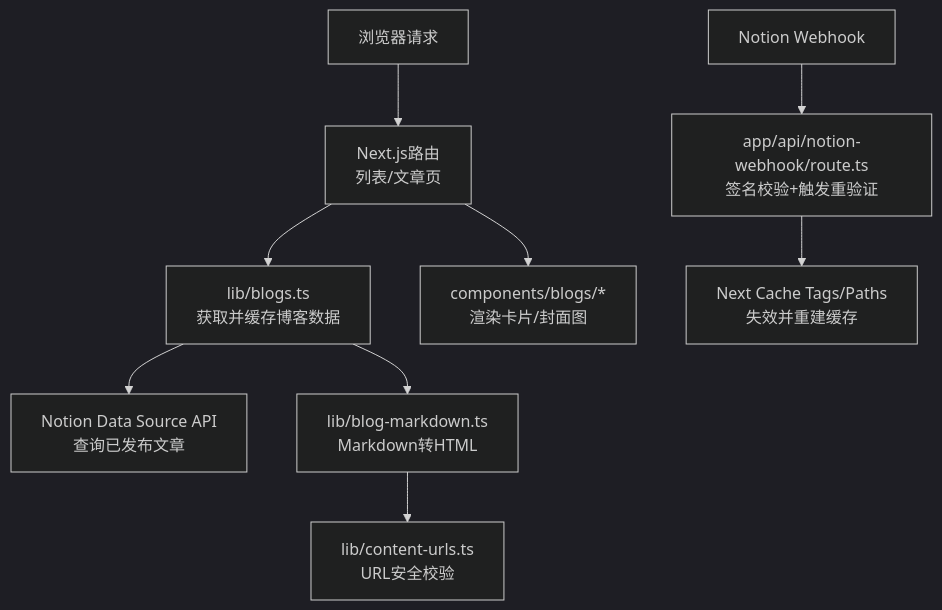
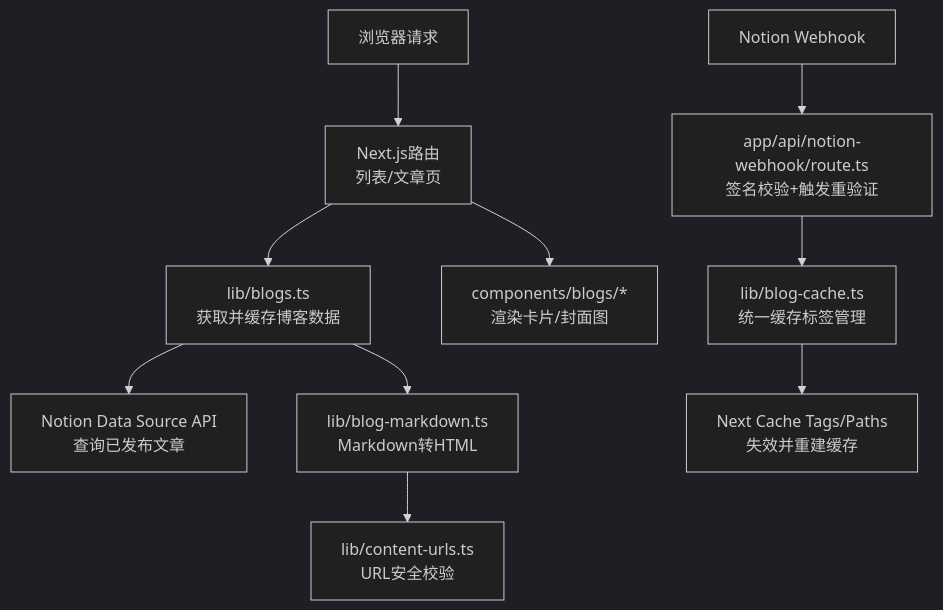
The first of 7 diagrams in .qoder/repowiki/zh/content/架构设计/数据流设计/博客内容数据流.md (florianjsun/next-portfolio), drawn with Mermaid (dark theme) before and after one commit. The commit also changed other lines of this file and 49 other files, not shown here.

````diff
--- a/.qoder/repowiki/zh/content/架构设计/数据流设计/博客内容数据流.md
+++ b/.qoder/repowiki/zh/content/架构设计/数据流设计/博客内容数据流.md
@@ -44,11 +54,12 @@
 ```mermaid
 graph TB
 A["浏览器请求"] --> B["Next.js路由<br/>列表/文章页"]
 B --> C["lib/blogs.ts<br/>获取并缓存博客数据"]
 C --> D["Notion Data Source API<br/>查询已发布文章"]
 C --> E["lib/blog-markdown.ts<br/>Markdown转HTML"]
 E --> F["lib/content-urls.ts<br/>URL安全校验"]
 B --> G["components/blogs/*<br/>渲染卡片/封面图"]
 H["Notion Webhook"] --> I["app/api/notion-webhook/route.ts<br/>签名校验+触发重验证"]
-I --> J["Next Cache Tags/Paths<br/>失效并重建缓存"]
+I --> J["lib/blog-cache.ts<br/>统一缓存标签管理"]
+J --> K["Next Cache Tags/Paths<br/>失效并重建缓存"]
 ```
````
